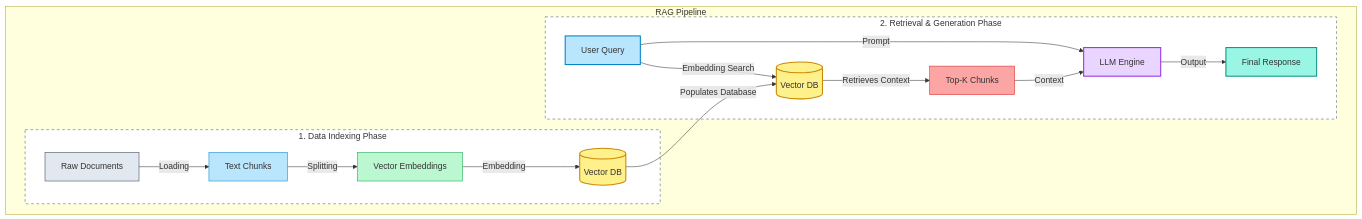
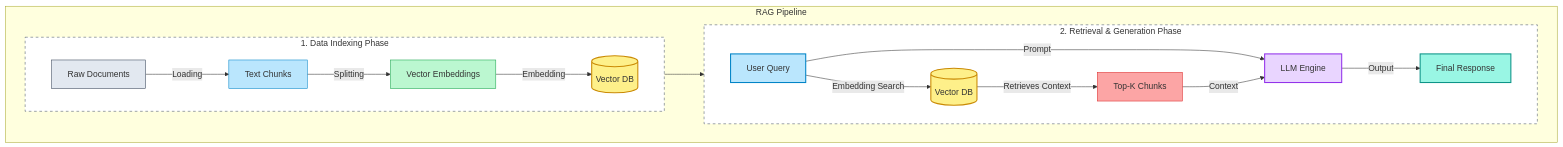
Before and after one commit to arshadhs/arshadhs.github.io: the second of 2 diagrams in content/docs/ai/035-genai/rag.md, drawn with Mermaid.

```diff
--- a/content/docs/ai/035-genai/rag.md
+++ b/content/docs/ai/035-genai/rag.md
@@ -117,42 +117,43 @@
 {{< mermaid >}}
 graph TB
     %% Vertical RAG Pipeline Diagram
     subgraph "RAG Pipeline"
         
-        %% 1. Data Indexing Phase (Top)
+        %% 1. Data Indexing Phase (Top Stack)
         subgraph Data_Indexing ["1. Data Indexing Phase"]
+            direction LR
             DI1[Raw Documents] -->|Loading| DI2[Text Chunks]
             DI2 -->|Splitting| DI3[Vector Embeddings]
             DI3 -->|Embedding| DI4[(Vector DB)]
         end
 
-        %% Invisible connector to force vertical stacking
-        DI4 -->|Populates Database| DR3
+        %% Explicit vertical flow constraint to force the next block down
+        Data_Indexing --> Data_Retrieval_Generation
 
-        %% 2. Retrieval & Generation Phase (Bottom)
+        %% 2. Retrieval & Generation Phase (Bottom Stack)
         subgraph Data_Retrieval_Generation ["2. Retrieval & Generation Phase"]
+            direction LR
             DR1[User Query] -->|Embedding Search| DR3[(Vector DB)]
             DR3 -->|Retrieves Context| DR4[Top-K Chunks]
             
             DR1 -->|Prompt| DR5[LLM Engine]
             DR4 -->|Context| DR5
             DR5 -->|Output| DR6[Final Response]
         end
     end
 
     %% Visual Styling
     style Data_Indexing fill:#ffffff,stroke:#475569,stroke-width:1px,stroke-dasharray: 5 5
     style Data_Retrieval_Generation fill:#ffffff,stroke:#475569,stroke-width:1px,stroke-dasharray: 5 5
     
     style DI1 fill:#E2E8F0,stroke:#334155,stroke-width:1px
     style DI2 fill:#BAE6FD,stroke:#0284C7,stroke-width:1px
     style DI3 fill:#BBF7D0,stroke:#16A34A,stroke-width:1px
     style DI4 fill:#FEF08A,stroke:#CA8A04,stroke-width:2px
     
     style DR1 fill:#BAE6FD,stroke:#0284C7,stroke-width:2px
     style DR3 fill:#FEF08A,stroke:#CA8A04,stroke-width:2px
     style DR4 fill:#FCA5A5,stroke:#DC2626,stroke-width:1px
     style DR5 fill:#E9D5FF,stroke:#9333EA,stroke-width:2px
     style DR6 fill:#99F6E4,stroke:#0D9488,stroke-width:2px
-
 {{< /mermaid >}}
```
